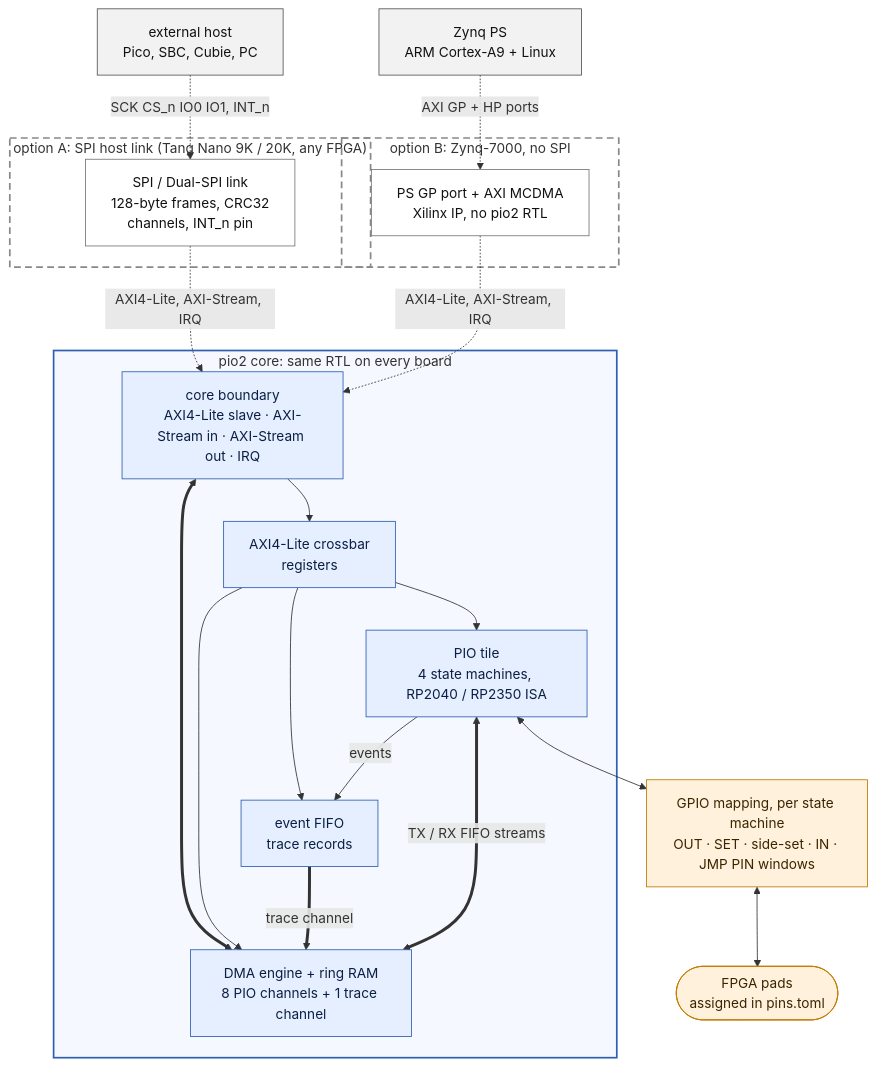
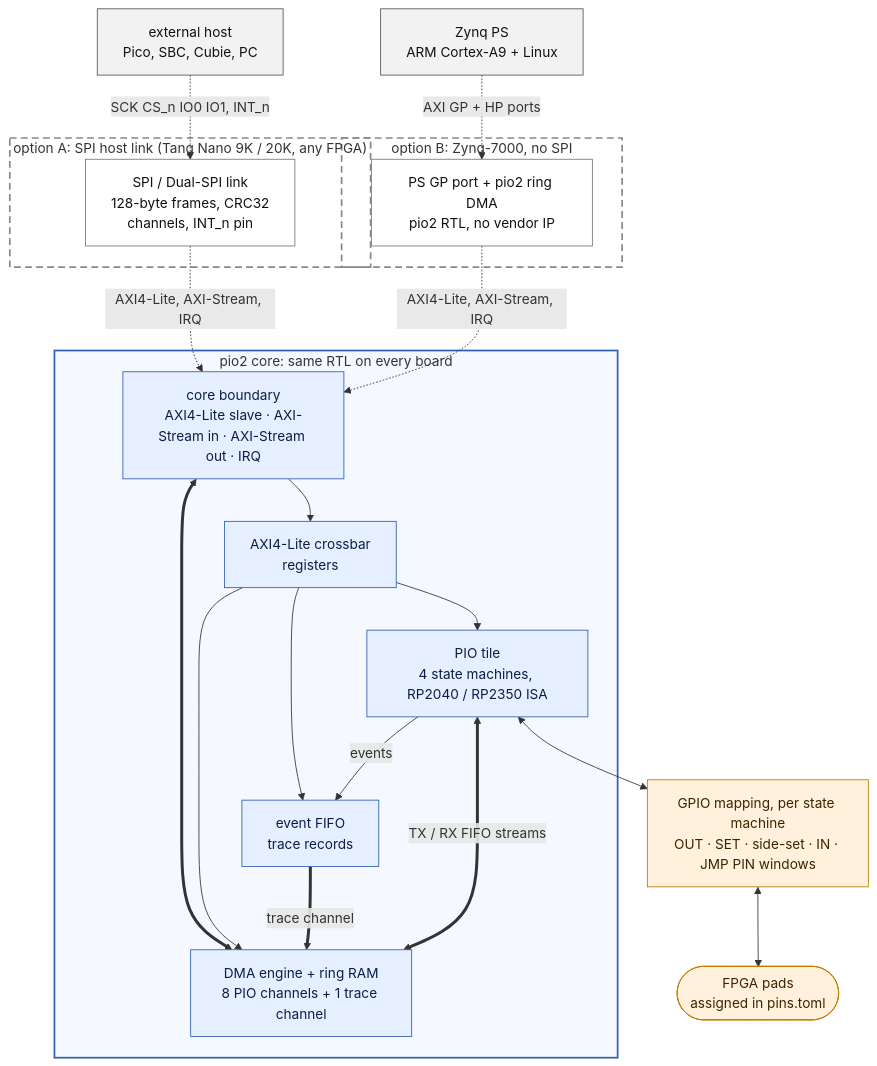
One commit to tcmichals/pio2 changed the first of 6 diagrams in docs/overview.md. Above: the diagram before and after it, drawn with Mermaid. The commit also changed other lines of this file and 3 other files, not shown here.

First line of the commit message:
docs(zynq): own ring DMA on HP0 instead of the Xilinx AXI MCDMA [SPEC-ICN-11]

````diff
--- a/docs/overview.md
+++ b/docs/overview.md
@@ -25,46 +25,46 @@
 ```mermaid
 flowchart TB
     classDef host fill:#f2f2f2,stroke:#555,color:#111
     classDef opt fill:#ffffff,stroke:#777,color:#111
     classDef core fill:#e6efff,stroke:#2f5fb3,color:#0b1f44
     classDef pins fill:#fff1db,stroke:#c07a00,color:#3a2500
 
     EXT["external host<br/>Pico, SBC, Cubie, PC"]:::host
     PS["Zynq PS<br/>ARM Cortex-A9 + Linux"]:::host
 
     subgraph OPTA["option A: SPI host link (Tang Nano 9K / 20K, any FPGA)"]
         SPI["SPI / Dual-SPI link<br/>128-byte frames, CRC32<br/>channels, INT_n pin"]:::opt
     end
     subgraph OPTB["option B: Zynq-7000, no SPI"]
-        ZAD["PS GP port + AXI MCDMA<br/>Xilinx IP, no pio2 RTL"]:::opt
+        ZAD["PS GP port + pio2 ring DMA<br/>pio2 RTL, no vendor IP"]:::opt
     end
 
     subgraph CORE["pio2 core: same RTL on every board"]
         BND["core boundary<br/>AXI4-Lite slave · AXI-Stream in · AXI-Stream out · IRQ"]:::core
         XBAR["AXI4-Lite crossbar<br/>registers"]:::core
         DMA["DMA engine + ring RAM<br/>8 PIO channels + 1 trace channel"]:::core
         TILE["PIO tile<br/>4 state machines, RP2040 / RP2350 ISA"]:::core
         EVF["event FIFO<br/>trace records"]:::core
     end
 
     MAP["GPIO mapping, per state machine<br/>OUT · SET · side-set · IN · JMP PIN windows"]:::pins
     PADS(["FPGA pads<br/>assigned in pins.toml"]):::pins
 
     EXT -.->|"SCK CS_n IO0 IO1, INT_n"| SPI
     PS -.->|"AXI GP + HP ports"| ZAD
     SPI -.->|"AXI4-Lite, AXI-Stream, IRQ"| BND
     ZAD -.->|"AXI4-Lite, AXI-Stream, IRQ"| BND
     BND --> XBAR
     BND <==> DMA
     XBAR --> TILE
     XBAR --> DMA
     XBAR --> EVF
     DMA <==>|"TX / RX FIFO streams"| TILE
     TILE -->|"events"| EVF
     EVF ==>|"trace channel"| DMA
     TILE <--> MAP <--> PADS
 
     style OPTA fill:none,stroke:#888,stroke-width:2px,stroke-dasharray:8 5
     style OPTB fill:none,stroke:#888,stroke-width:2px,stroke-dasharray:8 5
     style CORE fill:#f5f8ff,stroke:#2f5fb3,stroke-width:2px
 ```
````
